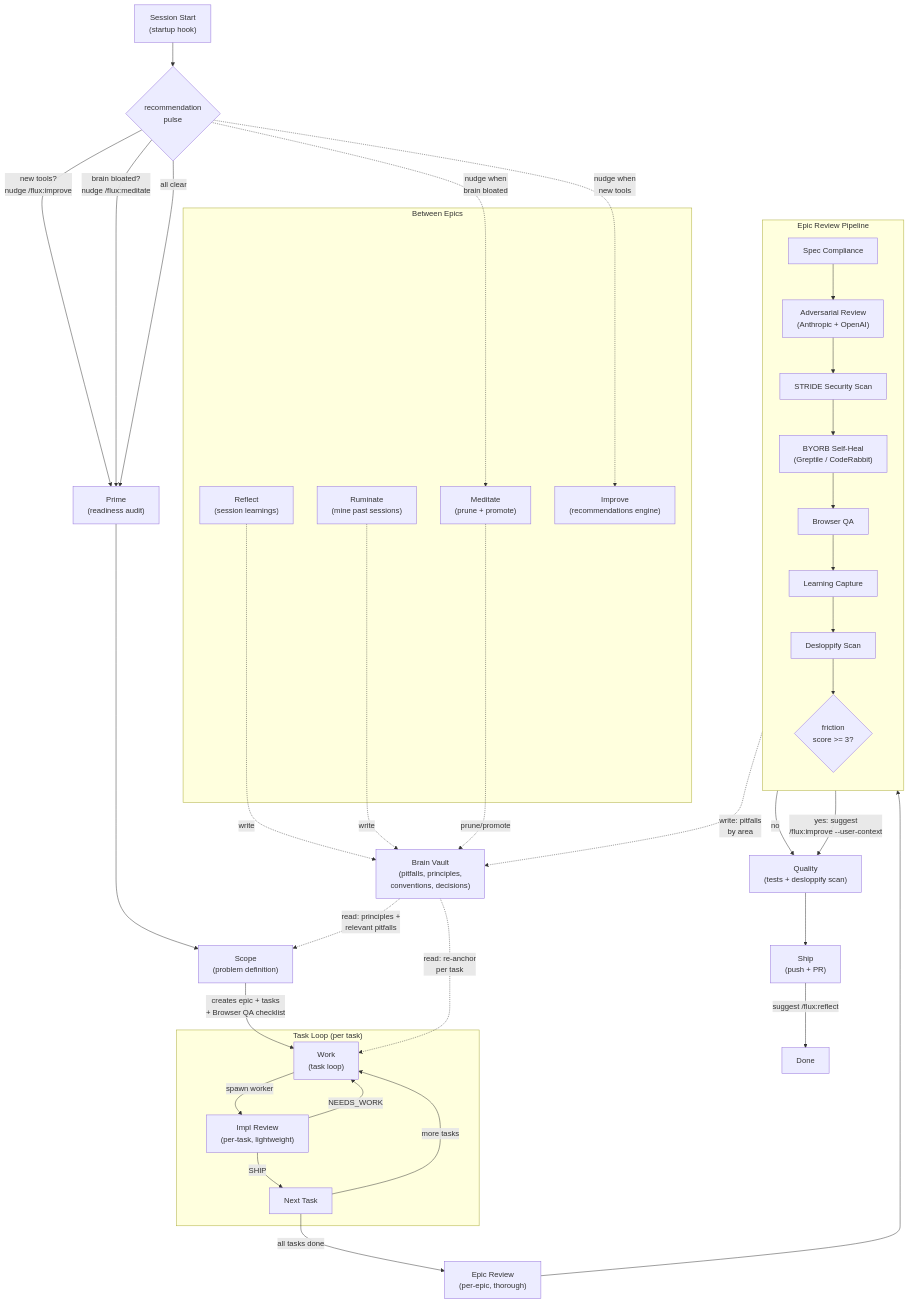
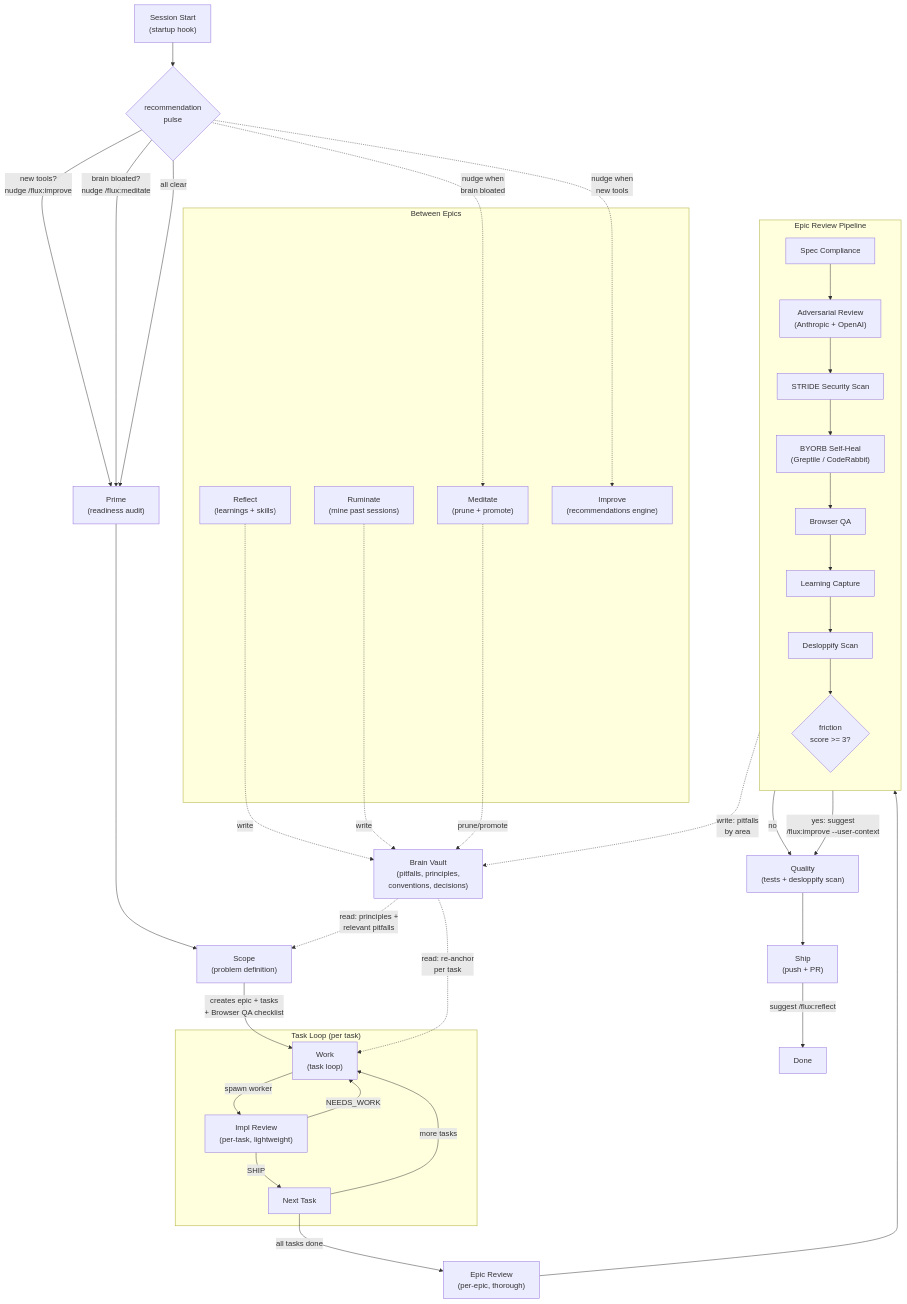
The diagram in README.md (Nairon-AI/flux), drawn with Mermaid before and after one commit. The commit also changed other lines of this file, not shown here.

First line of the commit message:
docs: mention skill extraction in reflect across README

````diff
--- a/README.md
+++ b/README.md
@@ -194,73 +194,73 @@
 ```mermaid
 flowchart TD
     SessionStart["Session Start<br/>(startup hook)"]
     Pulse{"recommendation<br/>pulse"}
     Prime["Prime<br/>(readiness audit)"]
     Scope["Scope<br/>(problem definition)"]
     Work["Work<br/>(task loop)"]
     ImplReview["Impl Review<br/>(per-task, lightweight)"]
     EpicReview["Epic Review<br/>(per-epic, thorough)"]
     Quality["Quality<br/>(tests + desloppify scan)"]
     Ship["Ship<br/>(push + PR)"]
 
     SessionStart --> Pulse
     Pulse -->|"new tools?<br/>nudge /flux:improve"| Prime
     Pulse -->|"brain bloated?<br/>nudge /flux:meditate"| Prime
     Pulse -->|"all clear"| Prime
     Prime --> Scope
     Scope -->|"creates epic + tasks<br/>+ Browser QA checklist"| Work
 
     subgraph task_loop ["Task Loop (per task)"]
         Work -->|"spawn worker"| ImplReview
         ImplReview -->|"NEEDS_WORK"| Work
         ImplReview -->|"SHIP"| NextTask["Next Task"]
         NextTask -->|"more tasks"| Work
     end
 
     NextTask -->|"all tasks done"| EpicReview
 
     subgraph review_pipeline ["Epic Review Pipeline"]
         direction TB
         SpecCompliance["Spec Compliance"]
         Adversarial["Adversarial Review<br/>(Anthropic + OpenAI)"]
         SecurityScan["STRIDE Security Scan"]
         BotSelfHeal["BYORB Self-Heal<br/>(Greptile / CodeRabbit)"]
         BrowserQA["Browser QA"]
         LearningCapture["Learning Capture"]
         DesloppifyScan["Desloppify Scan"]
         FrustrationSignal{"friction<br/>score >= 3?"}
 
         SpecCompliance --> Adversarial
         Adversarial --> SecurityScan
         SecurityScan --> BotSelfHeal
         BotSelfHeal --> BrowserQA
         BrowserQA --> LearningCapture
         LearningCapture --> DesloppifyScan
         DesloppifyScan --> FrustrationSignal
     end
 
     EpicReview --> SpecCompliance
     FrustrationSignal -->|"no"| Quality
     FrustrationSignal -->|"yes: suggest<br/>/flux:improve --user-context"| Quality
     Quality --> Ship
     Ship -->|"suggest /flux:reflect"| Done["Done"]
 
     Brain["Brain Vault<br/>(pitfalls, principles,<br/>conventions, decisions)"]
 
     Brain -.->|"read: principles +<br/>relevant pitfalls"| Scope
     Brain -.->|"read: re-anchor<br/>per task"| Work
     LearningCapture -.->|"write: pitfalls<br/>by area"| Brain
 
     subgraph maintenance ["Between Epics"]
-        Reflect["Reflect<br/>(session learnings)"]
+        Reflect["Reflect<br/>(learnings + skills)"]
         Ruminate["Ruminate<br/>(mine past sessions)"]
         Meditate["Meditate<br/>(prune + promote)"]
         Improve["Improve<br/>(recommendations engine)"]
     end
 
     Reflect -.->|"write"| Brain
     Ruminate -.->|"write"| Brain
     Meditate -.->|"prune/promote"| Brain
     Pulse -.->|"nudge when<br/>brain bloated"| Meditate
     Pulse -.->|"nudge when<br/>new tools"| Improve
 ```
````
